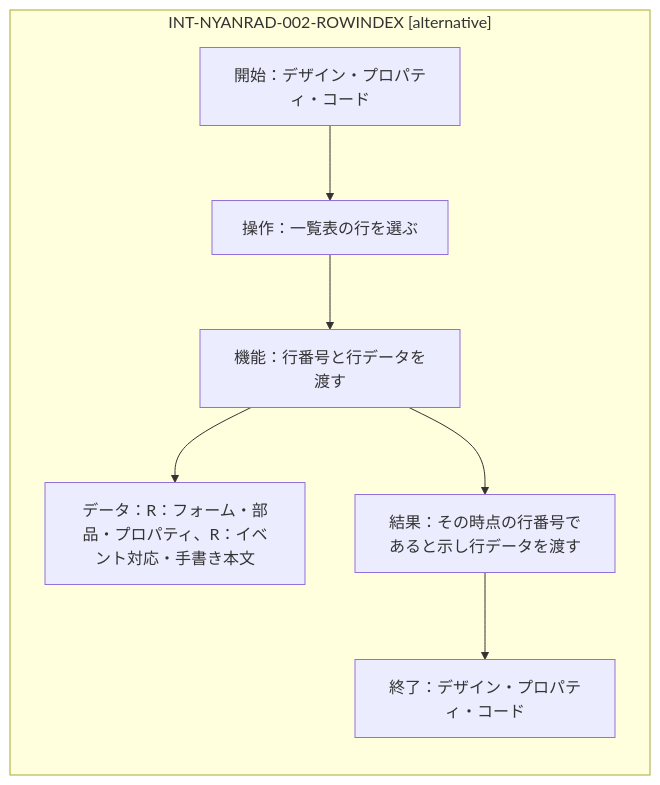
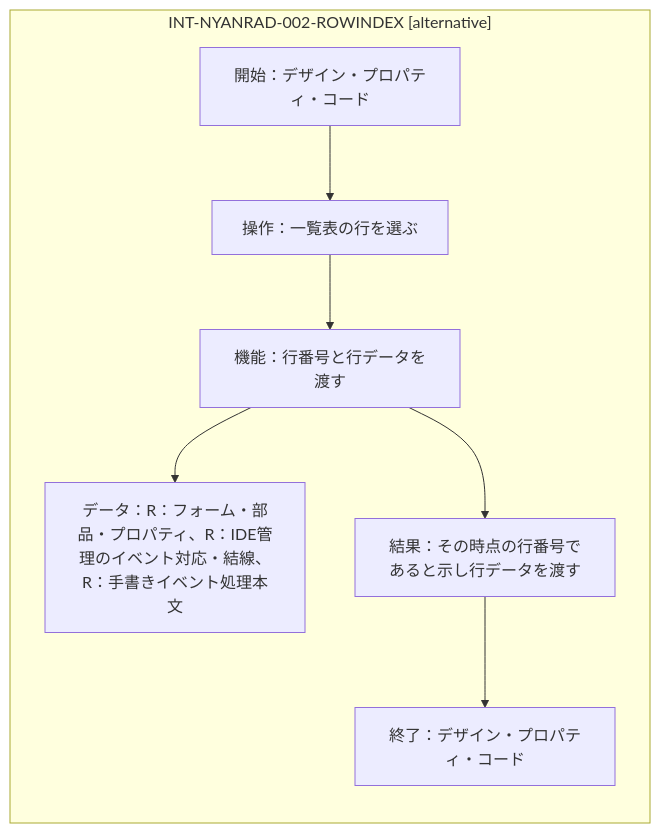
The diagram in planning/ifdam/IFDAM-NYANRAD-002/diagrams/10.mmd (kosaru/NyanRAD), drawn with Mermaid before and after one commit. The commit also changed 37 other files, not shown here.

```diff
--- a/planning/ifdam/IFDAM-NYANRAD-002/diagrams/10.mmd
+++ b/planning/ifdam/IFDAM-NYANRAD-002/diagrams/10.mmd
@@ -1,6 +1,6 @@
 flowchart LR
   subgraph I["INT-NYANRAD-002-ROWINDEX [alternative]"]
     U["開始：デザイン・プロパティ・コード"] --> E["操作：一覧表の行を選ぶ"] --> F["機能：行番号と行データを渡す"]
-    F --> D["データ：R：フォーム・部品・プロパティ、R：イベント対応・手書き本文"]
+    F --> D["データ：R：フォーム・部品・プロパティ、R：IDE管理のイベント対応・結線、R：手書きイベント処理本文"]
     F --> R["結果：その時点の行番号であると示し行データを渡す"] --> T["終了：デザイン・プロパティ・コード"]
   end
```
